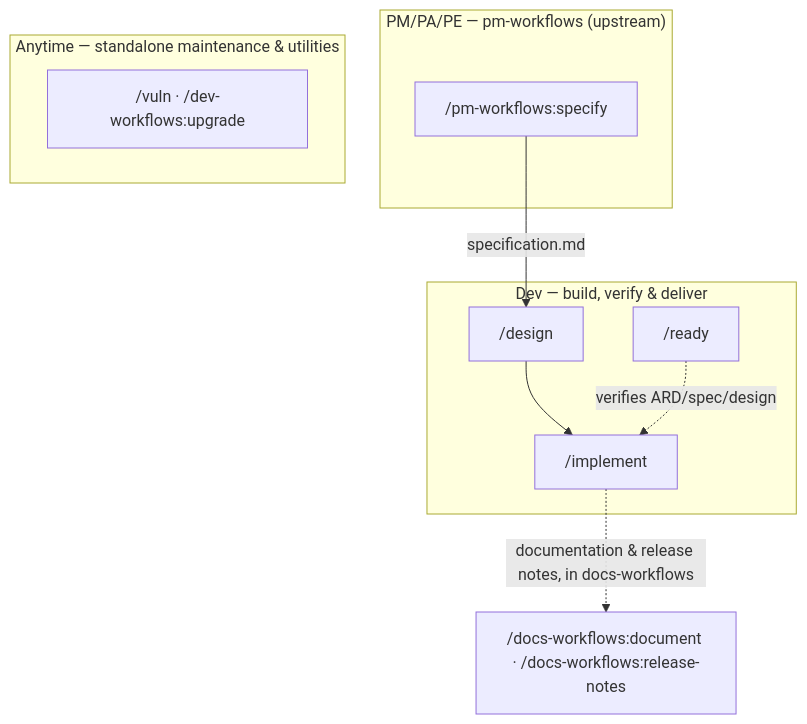
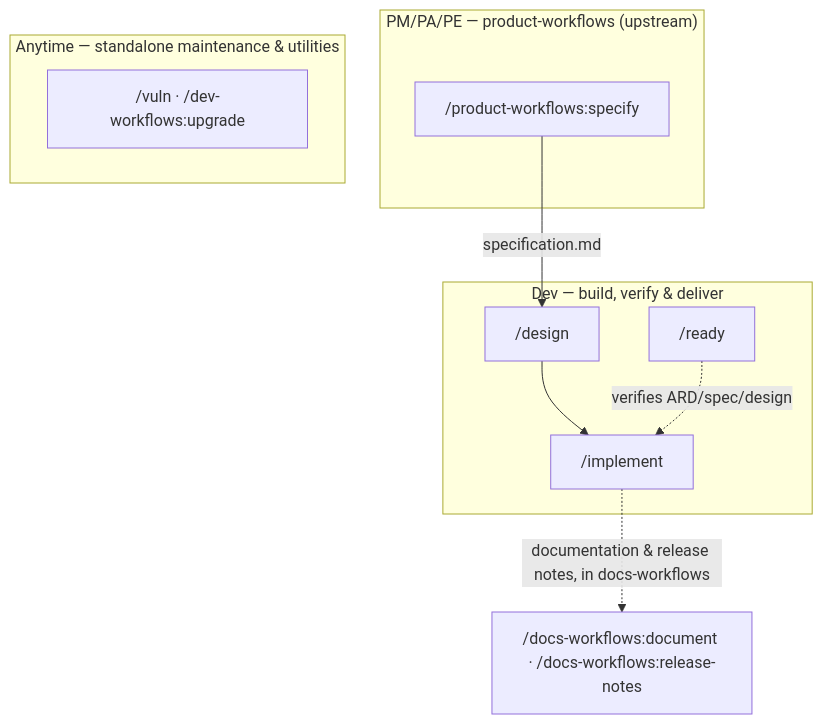
One commit to ihudak/ihudak-claude-plugins changed the diagram in plugins/dev-workflows/docs/workflow.md. Above: the diagram before and after it, drawn with Mermaid. The commit also changed other lines of this file and 160 other files, not shown here.

First line of the commit message:
refactor: rename pm-workflows to product-workflows

````diff
--- a/plugins/dev-workflows/docs/workflow.md
+++ b/plugins/dev-workflows/docs/workflow.md
@@ -5,17 +5,17 @@
 ```mermaid
 flowchart TD
-    subgraph PMPRD["PM/PA/PE — pm-workflows (upstream)"]
-        specify["/pm-workflows:specify"]
+    subgraph PMPRD["PM/PA/PE — product-workflows (upstream)"]
+        specify["/product-workflows:specify"]
     end
     subgraph DEV["Dev — build, verify & deliver"]
         design["/design"] --> implement["/implement"]
         ready["/ready"]
     end
     subgraph ANY["Anytime — standalone maintenance & utilities"]
         maint["/vuln · /dev-workflows:upgrade"]
     end
 
     specify -->|specification.md| design
     ready -. verifies ARD/spec/design .-> implement
     implement -.->|documentation & release notes, in docs-workflows| docsplugin["/docs-workflows:document · /docs-workflows:release-notes"]
 ```
````
